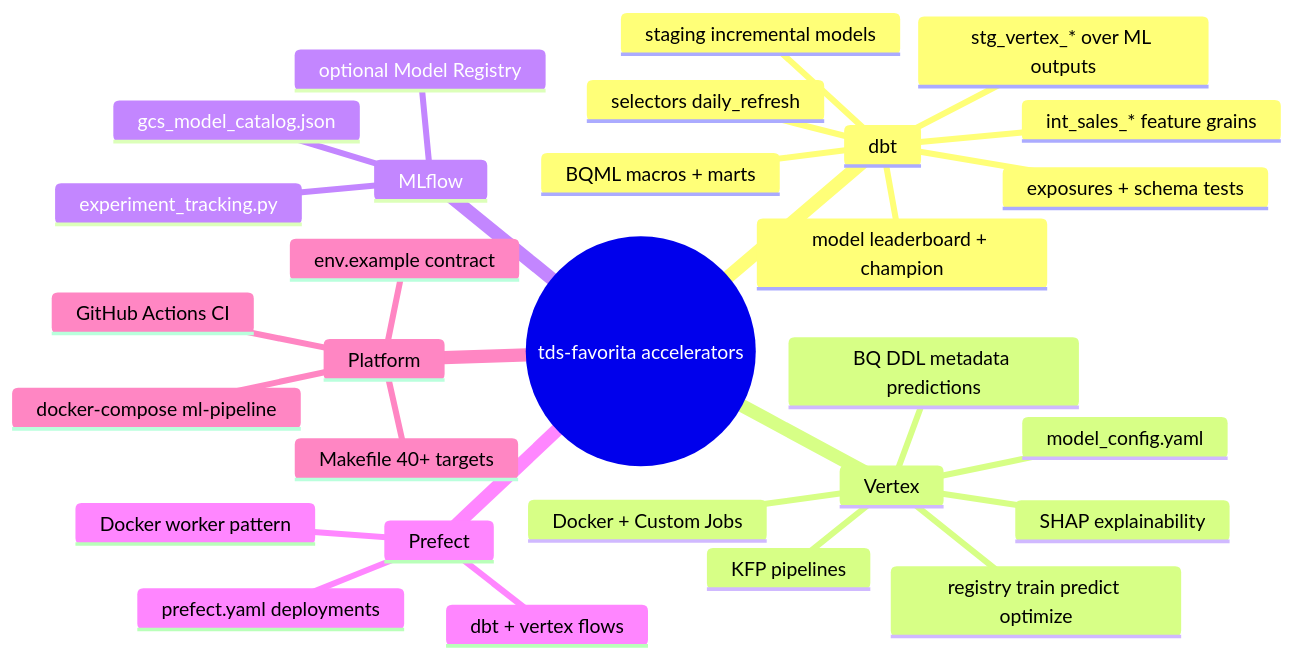
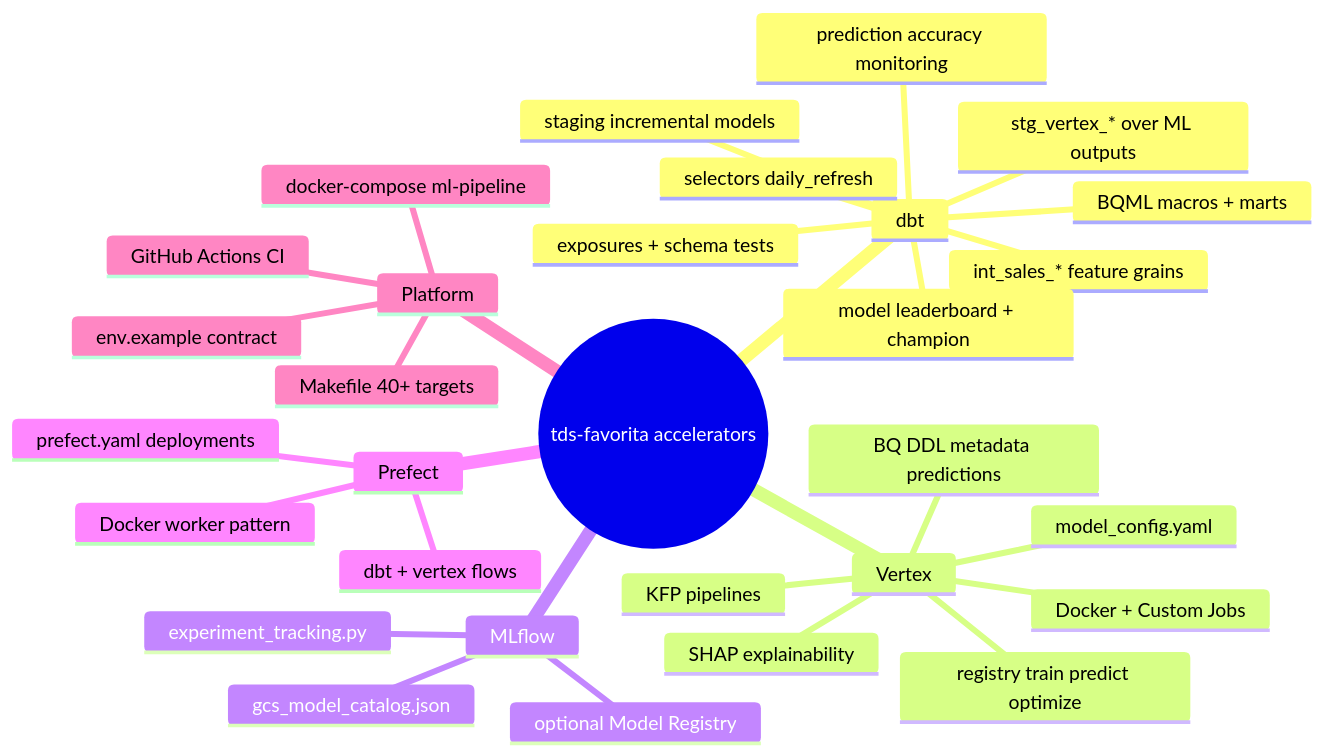
Before and after one commit to the-datastrategist/tds-dbt-favorita: the diagram in docs/accelerators.md, drawn with Mermaid. The commit also changed other lines of this file and 11 other files, not shown here.

First line of the commit message:
feat: implement prediction accuracy monitoring spec

````diff
--- a/docs/accelerators.md
+++ b/docs/accelerators.md
@@ -11,32 +11,33 @@
 ```mermaid
 mindmap
   root((tds-favorita accelerators))
     dbt
       staging incremental models
       int_sales_* feature grains
       BQML macros + marts
       stg_vertex_* over ML outputs
       model leaderboard + champion
+      prediction accuracy monitoring
       exposures + schema tests
       selectors daily_refresh
     Vertex
       model_config.yaml
       registry train predict optimize
       SHAP explainability
       KFP pipelines
       BQ DDL metadata predictions
       Docker + Custom Jobs
     MLflow
       experiment_tracking.py
       gcs_model_catalog.json
       optional Model Registry
     Prefect
       prefect.yaml deployments
       dbt + vertex flows
       Docker worker pattern
     Platform
       Makefile 40+ targets
       docker-compose ml-pipeline
       GitHub Actions CI
       env.example contract
 ```
````
